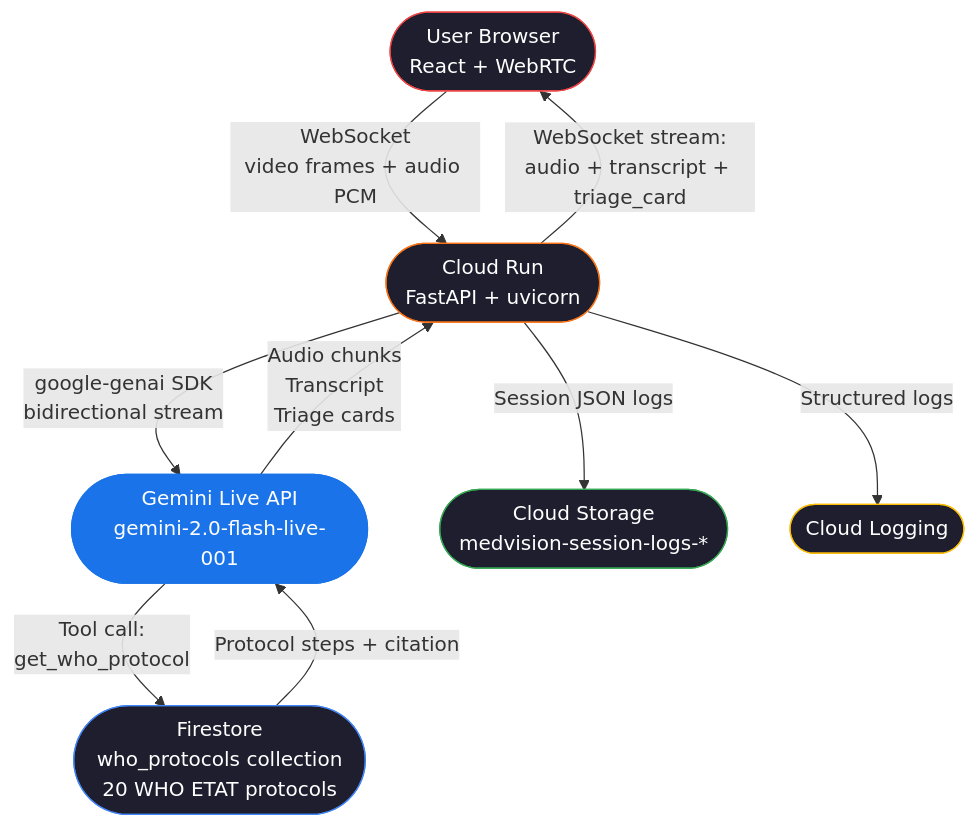
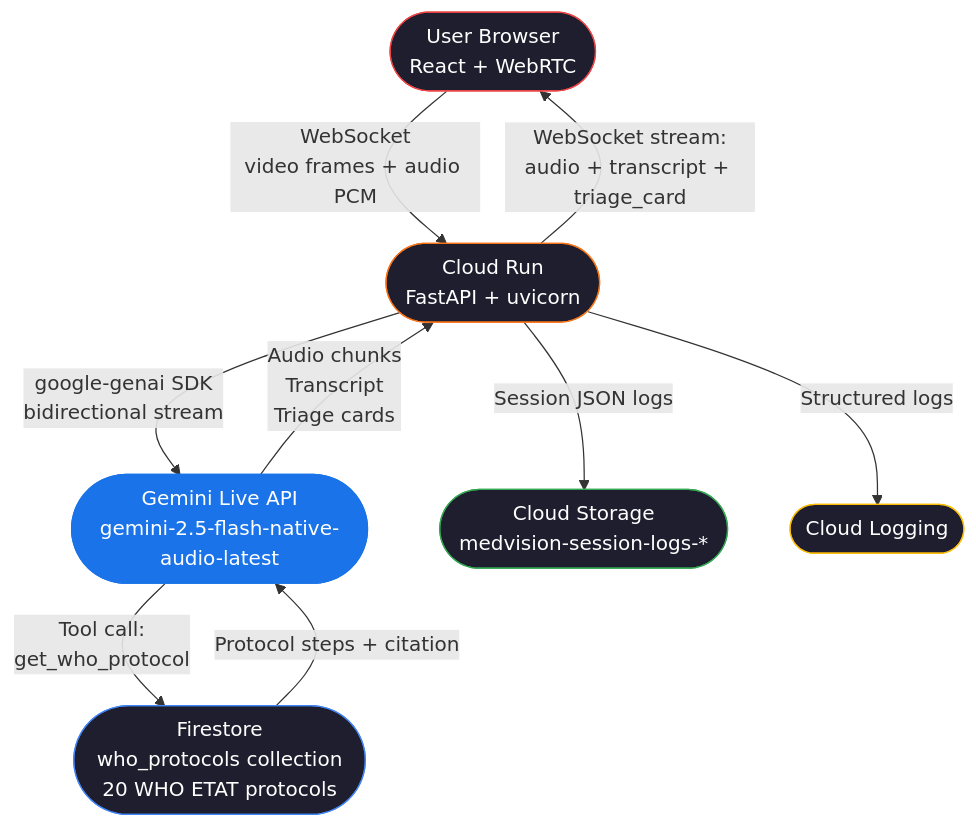
One commit to kowshi1119/medvision-live-agent-Gemini_LiveAgent_Hackathon- changed the diagram in medvision/README.md. Above: the diagram before and after it, drawn with Mermaid. The commit also changed other lines of this file and 42 other files, not shown here.

````diff
--- a/medvision/README.md
+++ b/medvision/README.md
@@ -27,18 +28,18 @@
 ```mermaid
 flowchart TD
     A([User Browser\nReact + WebRTC]) -->|WebSocket\nvideo frames + audio PCM| B([Cloud Run\nFastAPI + uvicorn])
-    B -->|google-genai SDK\nbidirectional stream| C([Gemini Live API\ngemini-2.0-flash-live-001])
+    B -->|google-genai SDK\nbidirectional stream| C([Gemini Live API\ngemini-2.5-flash-native-audio-latest])
     C -->|Tool call:\nget_who_protocol| D([Firestore\nwho_protocols collection\n20 WHO ETAT protocols])
     D -->|Protocol steps + citation| C
     B -->|Session JSON logs| E([Cloud Storage\nmedvision-session-logs-*])
     B -->|Structured logs| F([Cloud Logging])
     C -->|Audio chunks\nTranscript\nTriage cards| B
     B -->|WebSocket stream:\naudio + transcript + triage_card| A
 
     style A fill:#1e1e2e,color:#fff,stroke:#EF4444
     style B fill:#1e1e2e,color:#fff,stroke:#F97316
     style C fill:#1a73e8,color:#fff,stroke:#1a73e8
     style D fill:#1e1e2e,color:#fff,stroke:#4285f4
     style E fill:#1e1e2e,color:#fff,stroke:#34a853
     style F fill:#1e1e2e,color:#fff,stroke:#fbbc04
 ```
````
